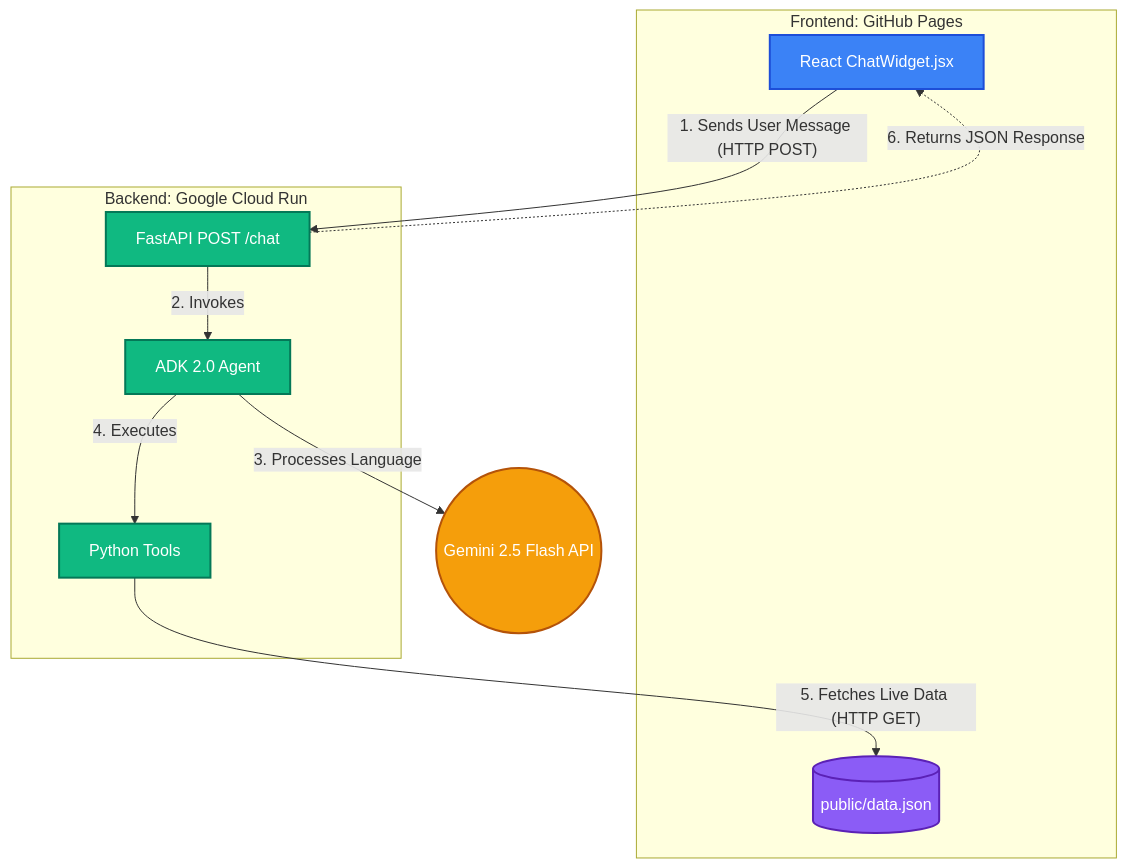
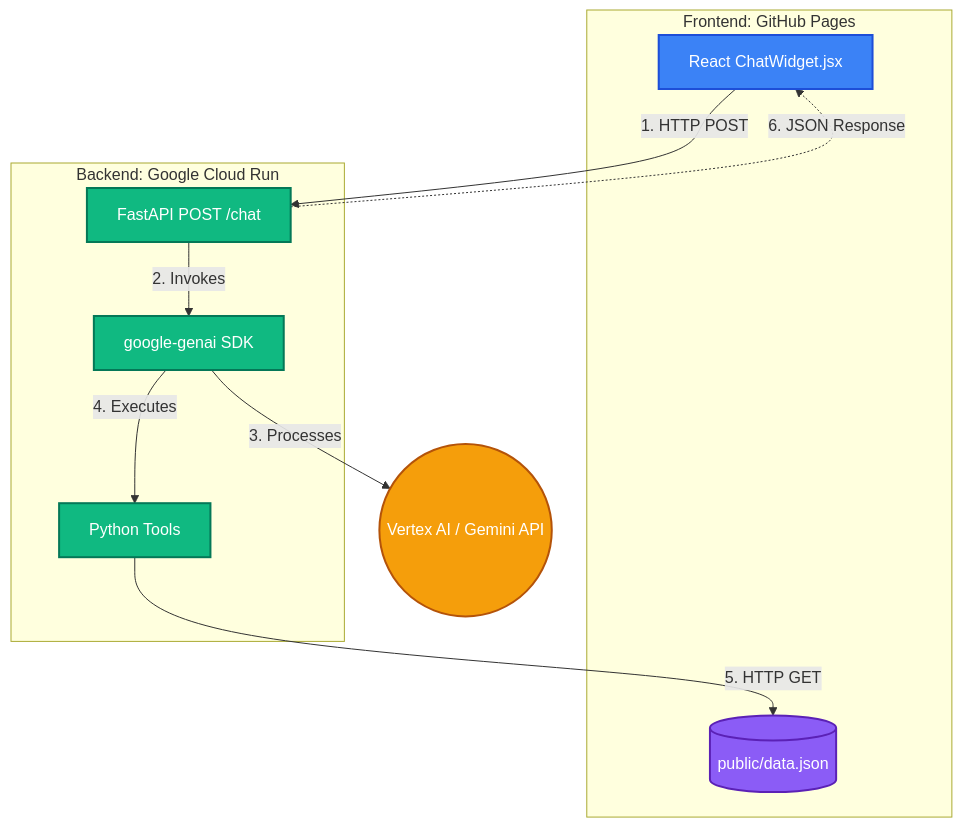
One commit to farooque-azam/google-cloud-demo changed the first of 2 diagrams in ai-agent-demos/al_marsoos_agent/ARCHITECTURE.md. Above: the diagram before and after it, drawn with Mermaid. The commit also changed other lines of this file and 2 other files, not shown here.

Commit message:
docs: update architecture and SDLC to reflect single-agent pivot and testing techniques

````diff
--- a/ai-agent-demos/al_marsoos_agent/ARCHITECTURE.md
+++ b/ai-agent-demos/al_marsoos_agent/ARCHITECTURE.md
@@ -27,31 +32,29 @@
 ```mermaid
 flowchart TD
     %% Define Styles
     classDef frontend fill:#3b82f6,stroke:#1d4ed8,stroke-width:2px,color:#fff
     classDef backend fill:#10b981,stroke:#047857,stroke-width:2px,color:#fff
     classDef external fill:#f59e0b,stroke:#b45309,stroke-width:2px,color:#fff
     classDef data fill:#8b5cf6,stroke:#5b21b6,stroke-width:2px,color:#fff
 
     subgraph GitHub Pages [Frontend: GitHub Pages]
         UI[React ChatWidget.jsx]:::frontend
         JSON[(public/data.json)]:::data
     end
 
     subgraph Google Cloud [Backend: Google Cloud Run]
         API[FastAPI POST /chat]:::backend
-        ADK[ADK 2.0 Agent]:::backend
+        GenAI[google-genai SDK]:::backend
         Tools[Python Tools]:::backend
     end
 
-    Gemini((Gemini 2.5 Flash API)):::external
+    Vertex((Vertex AI / Gemini API)):::external
 
     %% Connections
-    UI -- "1. Sends User Message (HTTP POST)" --> API
-    API -- "2. Invokes" --> ADK
-    ADK -- "3. Processes Language" --> Gemini
-    ADK -- "4. Executes" --> Tools
-    Tools -- "5. Fetches Live Data (HTTP GET)" --> JSON
-    
-    %% Response
-    API -. "6. Returns JSON Response" .-> UI
+    UI -- "1. HTTP POST" --> API
+    API -- "2. Invokes" --> GenAI
+    GenAI -- "3. Processes" --> Vertex
+    GenAI -- "4. Executes" --> Tools
+    Tools -- "5. HTTP GET" --> JSON
+    API -. "6. JSON Response" .-> UI
 ```
````
